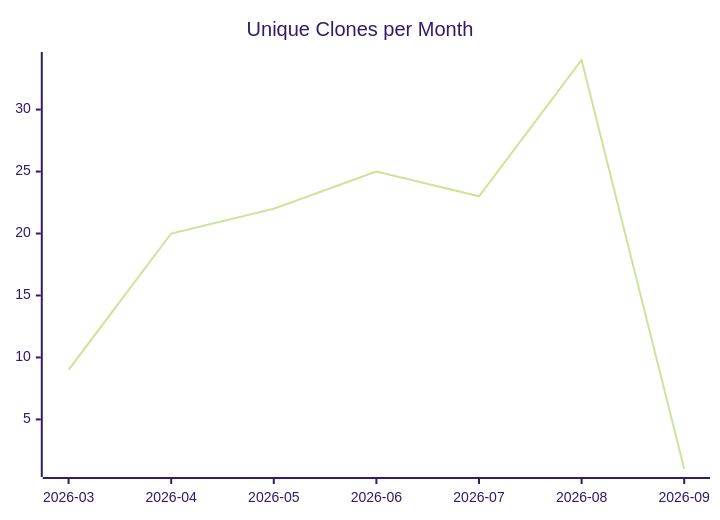
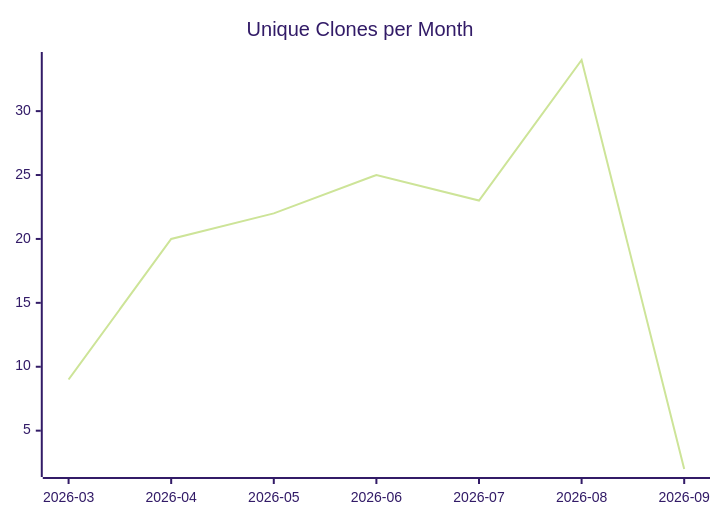
The third of 3 diagrams in karlmdavis/kxml2/README.md (justdavis-family/github-analytics-data), drawn with Mermaid (forest theme) before and after one commit. The commit also changed other lines of this file and 191 other files, not shown here.

````diff
--- a/karlmdavis/kxml2/README.md
+++ b/karlmdavis/kxml2/README.md
@@ -19,6 +19,6 @@
 ```mermaid
 xychart-beta
   title "Unique Clones per Month"
   x-axis ["2026-03", "2026-04", "2026-05", "2026-06", "2026-07", "2026-08", "2026-09"]
-  line [9, 20, 22, 25, 23, 34, 1]
+  line [9, 20, 22, 25, 23, 34, 2]
 ```
````
